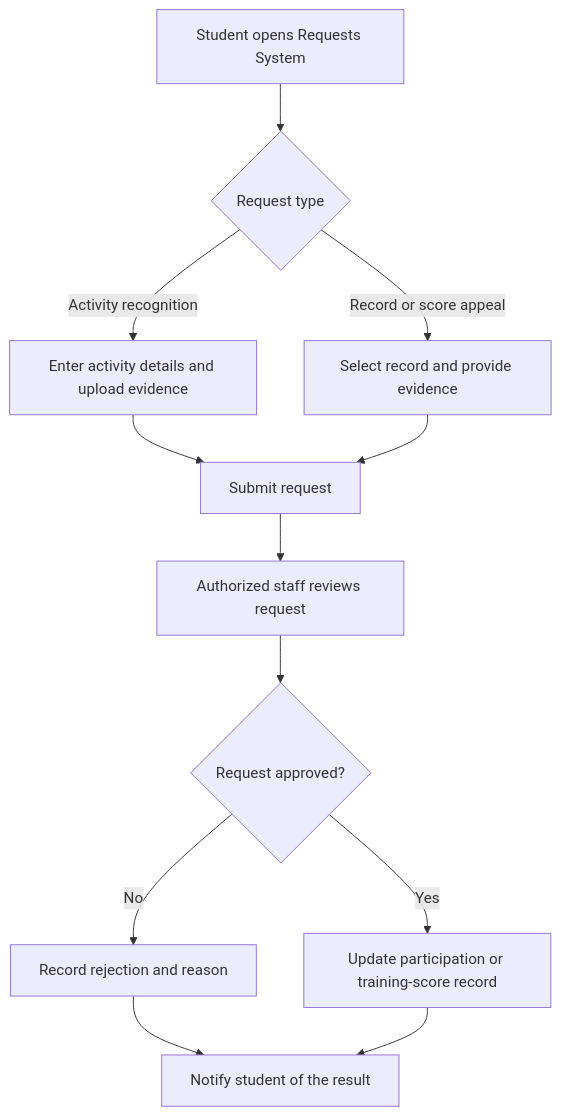
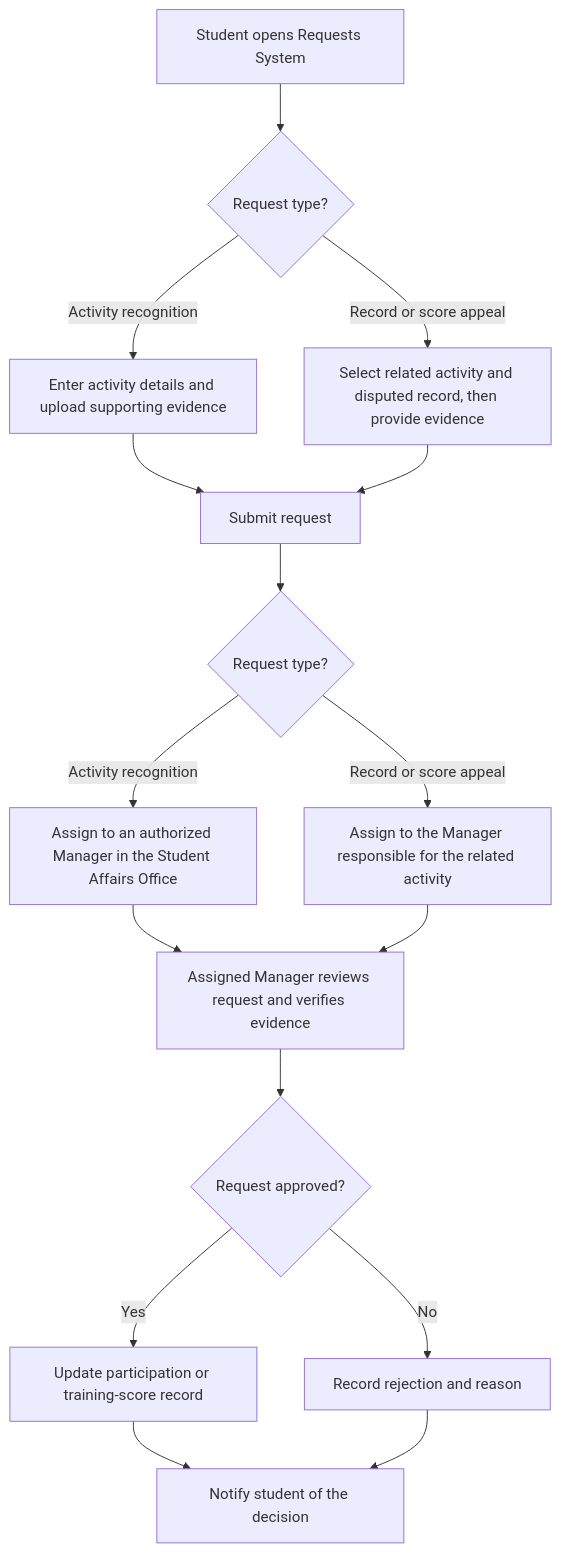
The second of 2 diagrams in docs/requirements/vision-document.md (APCSk24-CS300/cs300-project), drawn with Mermaid before and after one commit. The commit also changed other lines of this file and 1 other file, not shown here.

````diff
--- a/docs/requirements/vision-document.md
+++ b/docs/requirements/vision-document.md
@@ -127,15 +149,28 @@
 ```mermaid
+
 flowchart TD
-    A[Student opens Requests System] --> B{Request type}
-    B -- Activity recognition --> C[Enter activity details and upload evidence]
-    B -- Record or score appeal --> D[Select record and provide evidence]
+    A[Student opens Requests System] --> B{Request type?}
+
+    B -- Activity recognition --> C[Enter activity details and upload supporting evidence]
+    B -- Record or score appeal --> D[Select related activity and disputed record, then provide evidence]
+
     C --> E[Submit request]
     D --> E
-    E --> F[Authorized staff reviews request]
-    F --> G{Request approved?}
-    G -- Yes --> H[Update participation or training-score record]
-    G -- No --> I[Record rejection and reason]
-    I --> J[Notify student of the result]
-    H --> J
+
+    E --> F{Request type?}
+
+    F -- Activity recognition --> G[Assign to an authorized Manager in the Student Affairs Office]
+    F -- Record or score appeal --> H[Assign to the Manager responsible for the related activity]
+
+    G --> I[Assigned Manager reviews request and verifies evidence]
+    H --> I
+
+    I --> J{Request approved?}
+
+    J -- Yes --> K[Update participation or training-score record]
+    J -- No --> L[Record rejection and reason]
+
+    K --> M[Notify student of the decision]
+    L --> M
 
 ```
````
